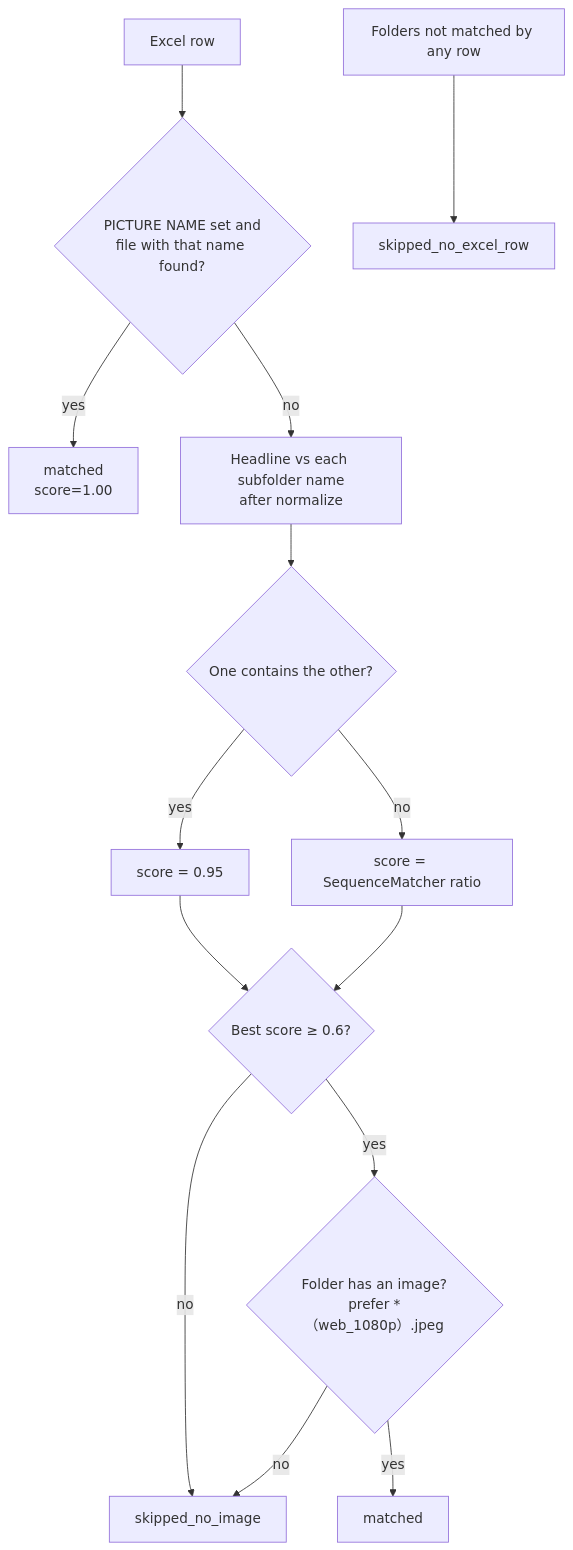
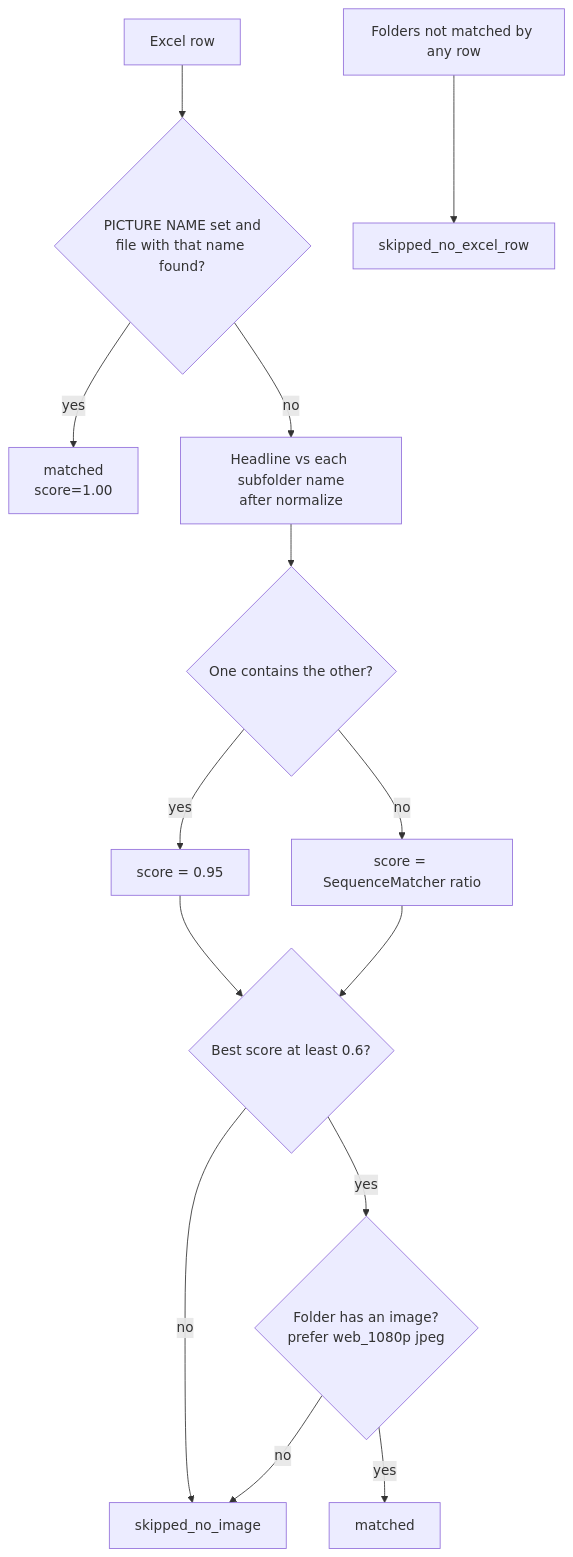
The fifth of 7 diagrams in docs/ARCHITECTURE.md (br0cc0lili/Territory_InDesign_Capsule), drawn with Mermaid before and after one commit. The commit also changed other lines of this file, not shown here.

````diff
--- a/docs/ARCHITECTURE.md
+++ b/docs/ARCHITECTURE.md
@@ -294,16 +417,16 @@
 ```mermaid
 flowchart TD
     A[Excel row] --> B{PICTURE NAME set and<br/>file with that name found?}
     B -- yes --> M1[matched<br/>score=1.00]
     B -- no --> C[Headline vs each subfolder name<br/>after normalize]
     C --> D{One contains the other?}
     D -- yes --> S1[score = 0.95]
     D -- no --> S2[score = SequenceMatcher ratio]
-    S1 --> E{Best score ≥ 0.6?}
+    S1 --> E{Best score at least 0.6?}
     S2 --> E
     E -- no --> K1[skipped_no_image]
-    E -- yes --> F{Folder has an image?<br/>prefer *（web_1080p）.jpeg}
+    E -- yes --> F{Folder has an image?<br/>prefer web_1080p jpeg}
     F -- no --> K1
     F -- yes --> M2[matched]
     G[Folders not matched by any row] --> K2[skipped_no_excel_row]
 ```
````
